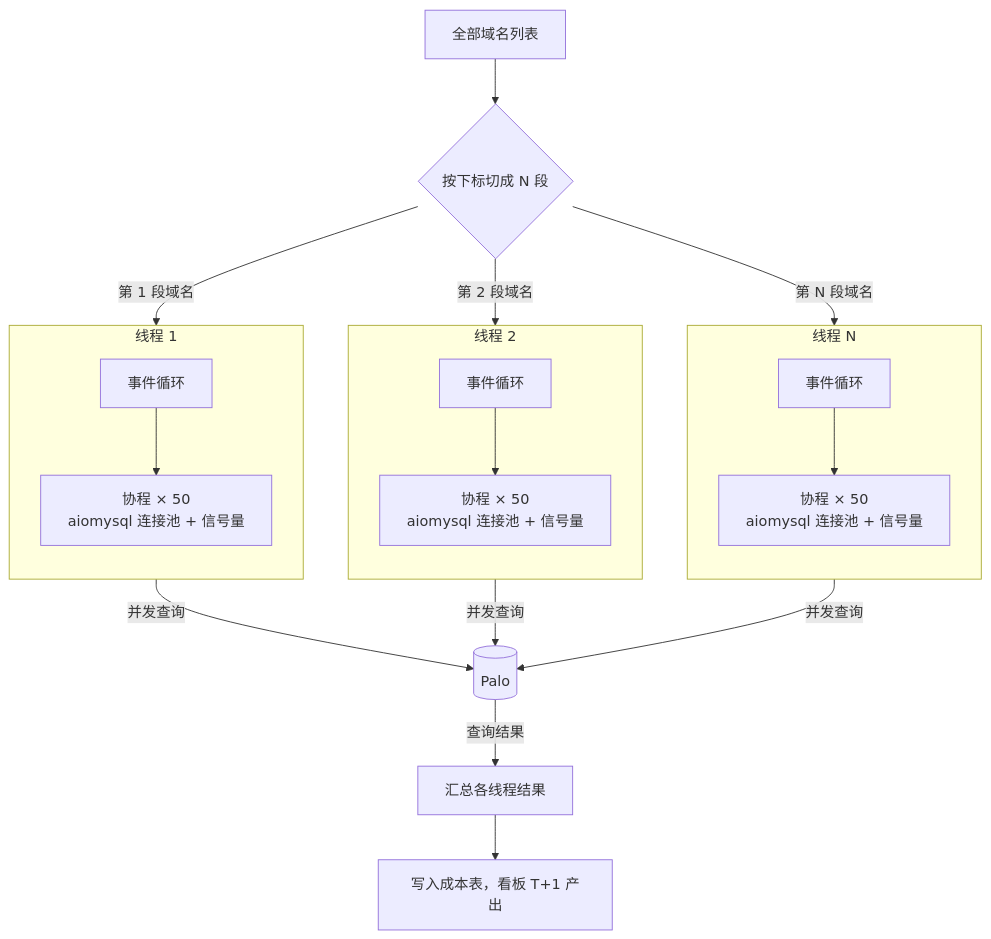
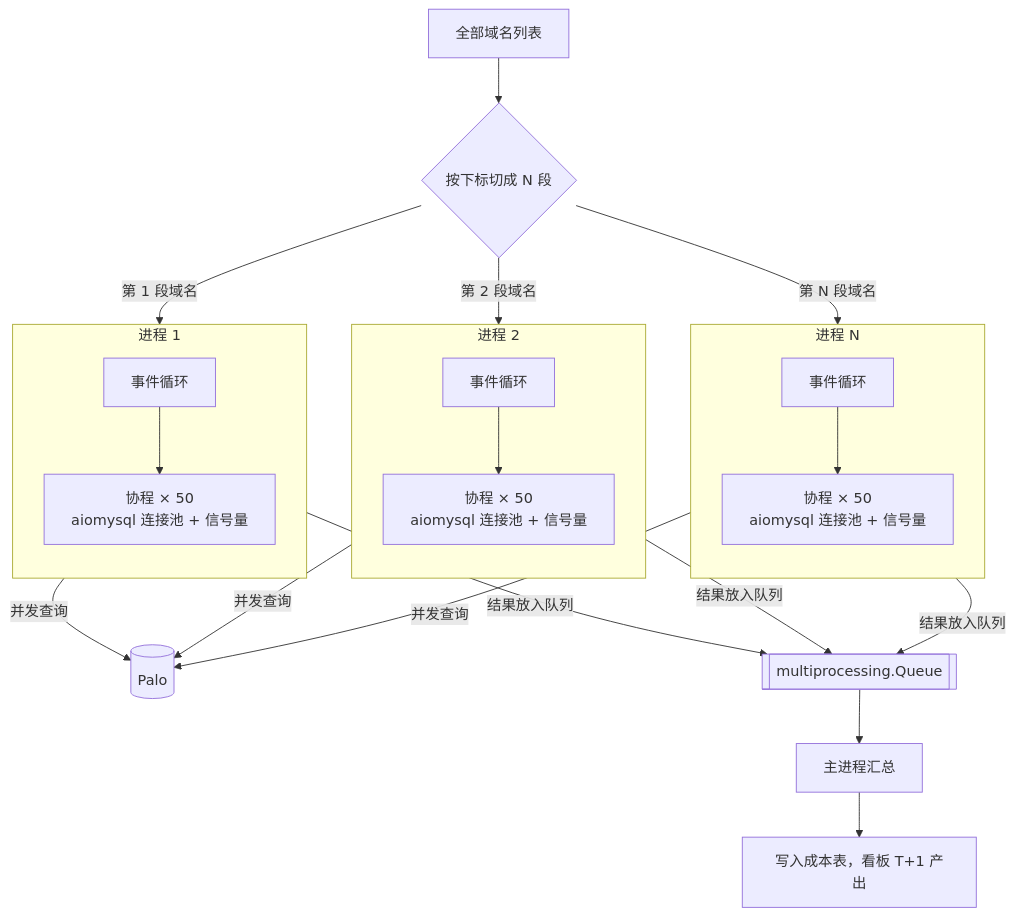
One commit to tracerZzz/tracerZzz.github.io changed the first of 3 diagrams in src/content/posts/work/Python协程并发查询Palo.md. Above: the diagram before and after it, drawn with Mermaid. The commit also changed other lines of this file, not shown here.

````diff
--- a/src/content/posts/work/Python协程并发查询Palo.md
+++ b/src/content/posts/work/Python协程并发查询Palo.md
@@ -226,25 +232,26 @@
 ```mermaid
 flowchart TD
     D["全部域名列表"] --> S{"按下标切成 N 段"}
 
-    subgraph T1["线程 1"]
+    subgraph P1["进程 1"]
         direction TB
         L1["事件循环"] --> C1["协程 × 50<br/>aiomysql 连接池 + 信号量"]
     end
-    subgraph T2["线程 2"]
+    subgraph P2["进程 2"]
         direction TB
         L2["事件循环"] --> C2["协程 × 50<br/>aiomysql 连接池 + 信号量"]
     end
-    subgraph TN["线程 N"]
+    subgraph PN["进程 N"]
         direction TB
         LN["事件循环"] --> CN["协程 × 50<br/>aiomysql 连接池 + 信号量"]
     end
 
-    S -- "第 1 段域名" --> T1
-    S -- "第 2 段域名" --> T2
-    S -- "第 N 段域名" --> TN
+    S -- "第 1 段域名" --> P1
+    S -- "第 2 段域名" --> P2
+    S -- "第 N 段域名" --> PN
 
-    T1 & T2 & TN -- "并发查询" --> P[("Palo")]
-    P -- "查询结果" --> R["汇总各线程结果"]
+    P1 & P2 & PN -- "并发查询" --> DB[("Palo")]
+    P1 & P2 & PN -- "结果放入队列" --> Q[["multiprocessing.Queue"]]
+    Q --> R["主进程汇总"]
     R --> W["写入成本表，看板 T+1 产出"]
 ```
````
